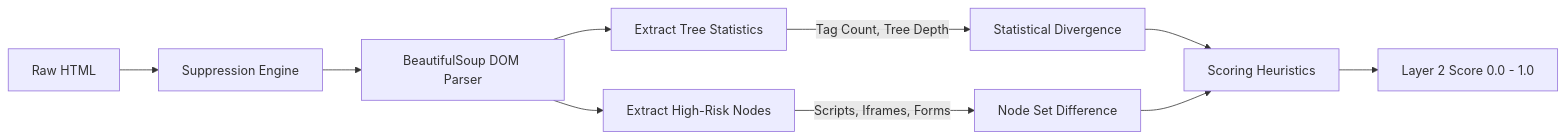
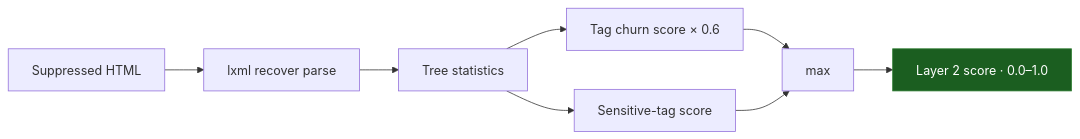
Before and after one commit to Ns81000/WARDRESS: the diagram in docs/layers/2-dom-structure.mdx, drawn with Mermaid. The commit also changed other lines of this file and 20 other files, not shown here.

Commit message:
docs: initialize project documentation suite with architectural overviews, detection layer details, and frontend workbench guides

````diff
--- a/docs/layers/2-dom-structure.mdx
+++ b/docs/layers/2-dom-structure.mdx
@@ -12,15 +26,13 @@
 ```mermaid
-graph LR
-    HTML[Raw HTML] --> SUPPRESS[Suppression Engine]
-    SUPPRESS --> PARSE[BeautifulSoup DOM Parser]
-    
-    PARSE --> STATS[Extract Tree Statistics]
-    STATS --> |Tag Count, Tree Depth| DIFF_STATS[Statistical Divergence]
-    
-    PARSE --> NODES[Extract High-Risk Nodes]
-    NODES --> |Scripts, Iframes, Forms| DIFF_NODES[Node Set Difference]
-    
-    DIFF_STATS --> SCORE[Scoring Heuristics]
-    DIFF_NODES --> SCORE
-    SCORE --> OUT[Layer 2 Score 0.0 - 1.0]
+flowchart LR
+    HTML[Suppressed HTML] --> P[lxml recover parse]
+    P --> S[Tree statistics]
+    S --> CH[Tag churn score × 0.6]
+    S --> SN[Sensitive-tag score]
+    CH --> M[max]
+    SN --> M
+    M --> OUT[Layer 2 score · 0.0–1.0]
+
+    classDef out fill:#1b5e20,stroke:#2e7d32,color:#fff;
+    class OUT out;
 ```
````
